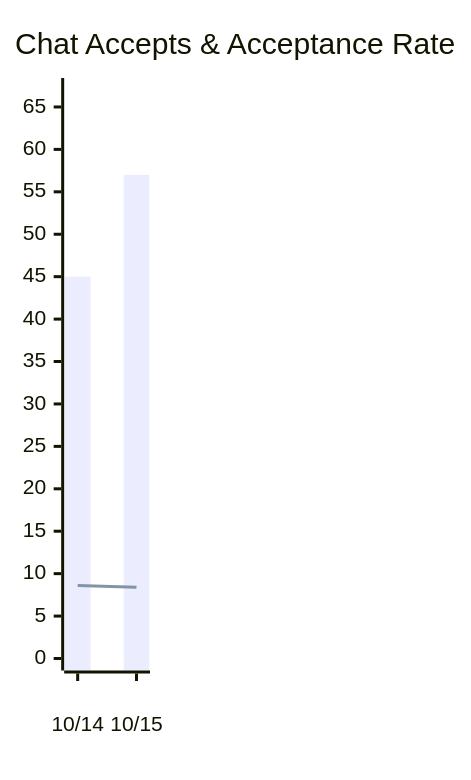
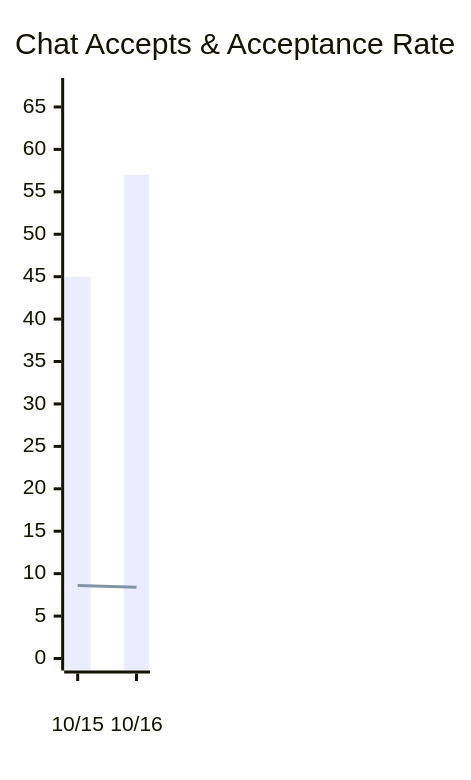
One commit to austenstone/copilot-usage changed the first of 5 diagrams in __tests__/mock/enterprise-usage-summary.md. Above: the diagram before and after it, drawn with Mermaid. The commit also changed other lines of this file and 11 other files, not shown here.

````diff
--- a/__tests__/mock/enterprise-usage-summary.md
+++ b/__tests__/mock/enterprise-usage-summary.md
@@ -5,19 +5,19 @@
 ```mermaid
 ---
 config:
     xyChart:
         width: 90
         height: 500
         xAxis:
             labelPadding: 20
     themeVariables:
         xyChart:
             backgroundColor: "transparent"
 ---
 xychart-beta
   title "Chat Accepts & Acceptance Rate"
-  x-axis ["10/14", "10/15"]
-  y-axis "Chat Acceptances" 0 --> 67
+  x-axis ["10/15", "10/16"]
+  y-axis "Acceptances" 0 --> 67
   bar [45, 57]
   line [8.614285714285714, 8.393406593406594]
 ```
````
